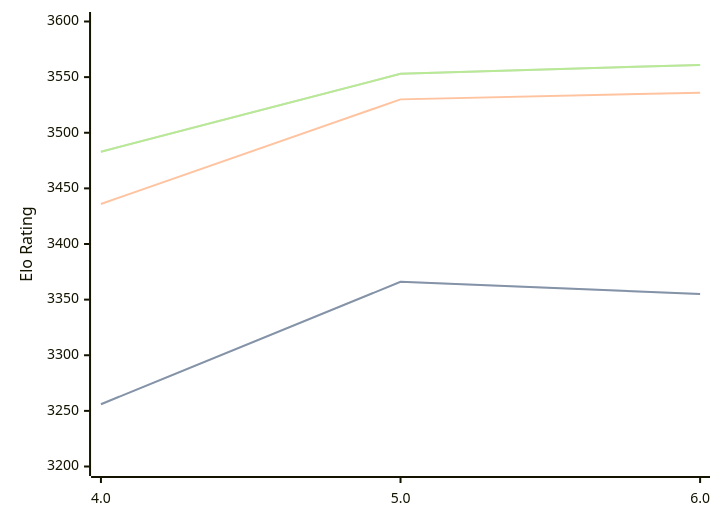
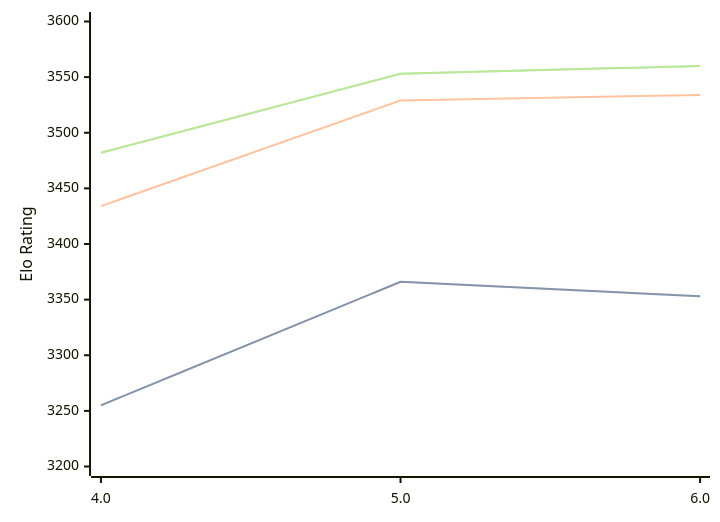
One commit to computer-chess-index/cci changed the diagram in engines/Tarnished.md. Above: the diagram before and after it, drawn with Mermaid. The commit also changed other lines of this file, not shown here.

Commit message:
Update CCI Ratings (ELO VLTC) - 2026-09-01

````diff
--- a/engines/Tarnished.md
+++ b/engines/Tarnished.md
@@ -33,11 +33,11 @@
 ```mermaid
 %%{init: {"theme":"base","themeVariables":{"seriesColors:['#a3a3a3','#222221','#faa371']}}}%%
 xychart-beta
   x-axis ["4.0", "5.0", "6.0"]
   y-axis "Elo Rating" 3200 --> 3600
-  line "" [3256, 3366, 3355]
-  line "STC (8.0+0.08s)" [3256, 3366, 3355]
-  line "LTC (60.0+0.60s)" [3436, 3530, 3536]
-  line "" [3483, 3553, 3561]
-  line "VLTC (2m24s+1.12s)" [3483, 3553, 3561]
+  line "" [3255, 3366, 3353]
+  line "STC (8.0+0.08s)" [3255, 3366, 3353]
+  line "LTC (60.0+0.60s)" [3434, 3529, 3534]
+  line "" [3482, 3553, 3560]
+  line "VLTC (2m24s+1.12s)" [3482, 3553, 3560]
 ```
````
